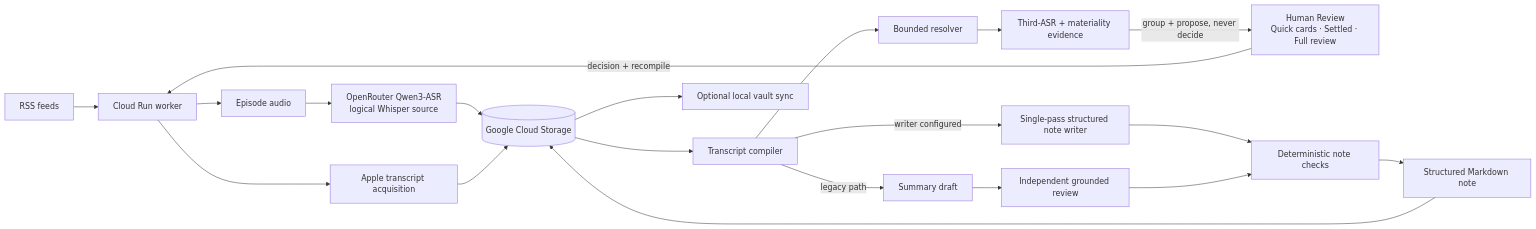
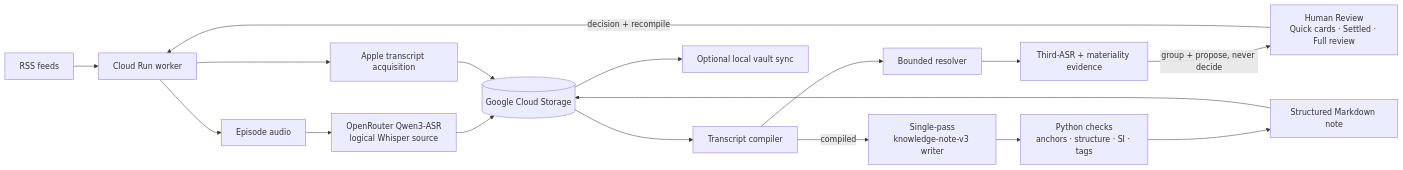
One commit to wintersyntax/podcast-automation changed the diagram in docs/ARCHITECTURE.md. Above: the diagram before and after it, drawn with Mermaid.

Commit message:
Show current knowledge path in architecture

````diff
--- a/docs/ARCHITECTURE.md
+++ b/docs/ARCHITECTURE.md
@@ -5,22 +5,19 @@
 ```mermaid
 flowchart LR
     RSS[RSS feeds] --> Worker[Cloud Run worker]
     Worker --> Audio[Episode audio]
     Audio --> Whisper["OpenRouter Qwen3-ASR<br/>logical Whisper source"]
     Worker --> Apple[Apple transcript acquisition]
     Whisper --> GCS[(Google Cloud Storage)]
     Apple --> GCS
     GCS --> Compiler[Transcript compiler]
     Compiler --> Resolver[Bounded resolver]
     Resolver --> Evidence[Third-ASR + materiality evidence]
     Evidence -->|group + propose, never decide| Review["Human Review<br/>Quick cards · Settled · Full review"]
     Review -->|decision + recompile| Worker
-    Compiler -->|writer configured| Writer[Single-pass structured note writer]
-    Writer --> Checks[Deterministic note checks]
-    Compiler -->|legacy path| Summary[Summary draft]
-    Summary --> IndependentReview[Independent grounded review]
-    IndependentReview --> Checks
+    Compiler -->|compiled| Writer["Single-pass<br/>knowledge-note-v3 writer"]
+    Writer --> Checks["Python checks<br/>anchors · structure · SI · tags"]
     Checks --> Note[Structured Markdown note]
     Note --> GCS
     GCS --> Sync[Optional local vault sync]
 ```
````
